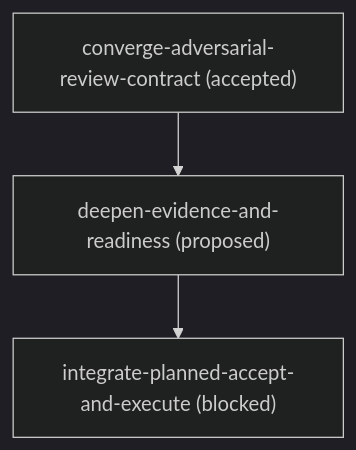
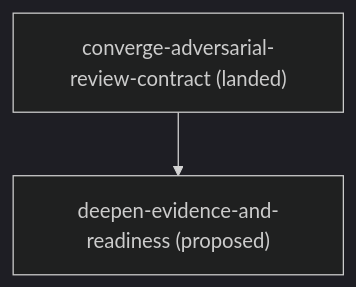
The diagram in docs/roadmap.md (kli66/reviewed-change-orchestration), drawn with Mermaid (dark theme) before and after one commit. The commit also changed other lines of this file and 13 other files, not shown here.

Commit message:
feat(review): add adversarial preflight contract

````diff
--- a/docs/roadmap.md
+++ b/docs/roadmap.md
@@ -16,8 +16,6 @@
 ```mermaid
 flowchart TD
-    converge_adversarial_review_contract["converge-adversarial-review-contract (accepted)"]
+    converge_adversarial_review_contract["converge-adversarial-review-contract (landed)"]
     deepen_evidence_and_readiness["deepen-evidence-and-readiness (proposed)"]
-    integrate_planned_accept_and_execute["integrate-planned-accept-and-execute (blocked)"]
     converge_adversarial_review_contract --> deepen_evidence_and_readiness
-    deepen_evidence_and_readiness --> integrate_planned_accept_and_execute
 ```
````
